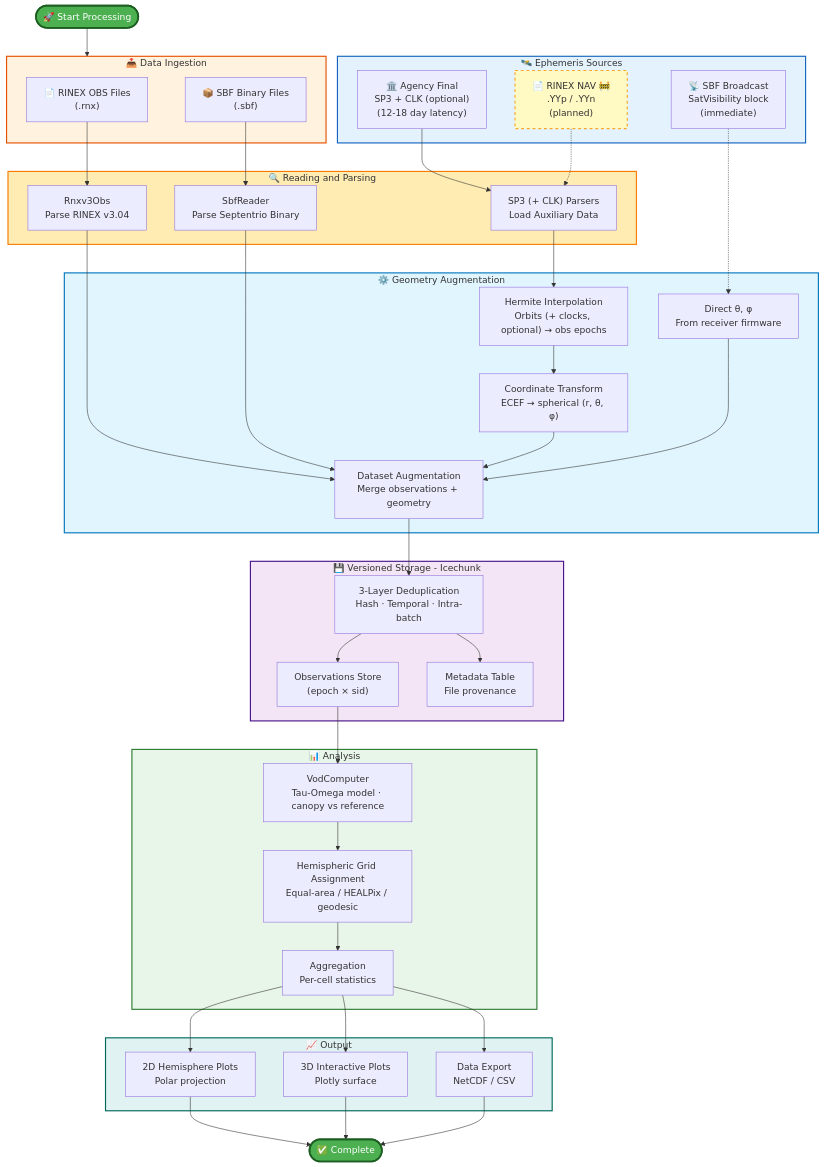
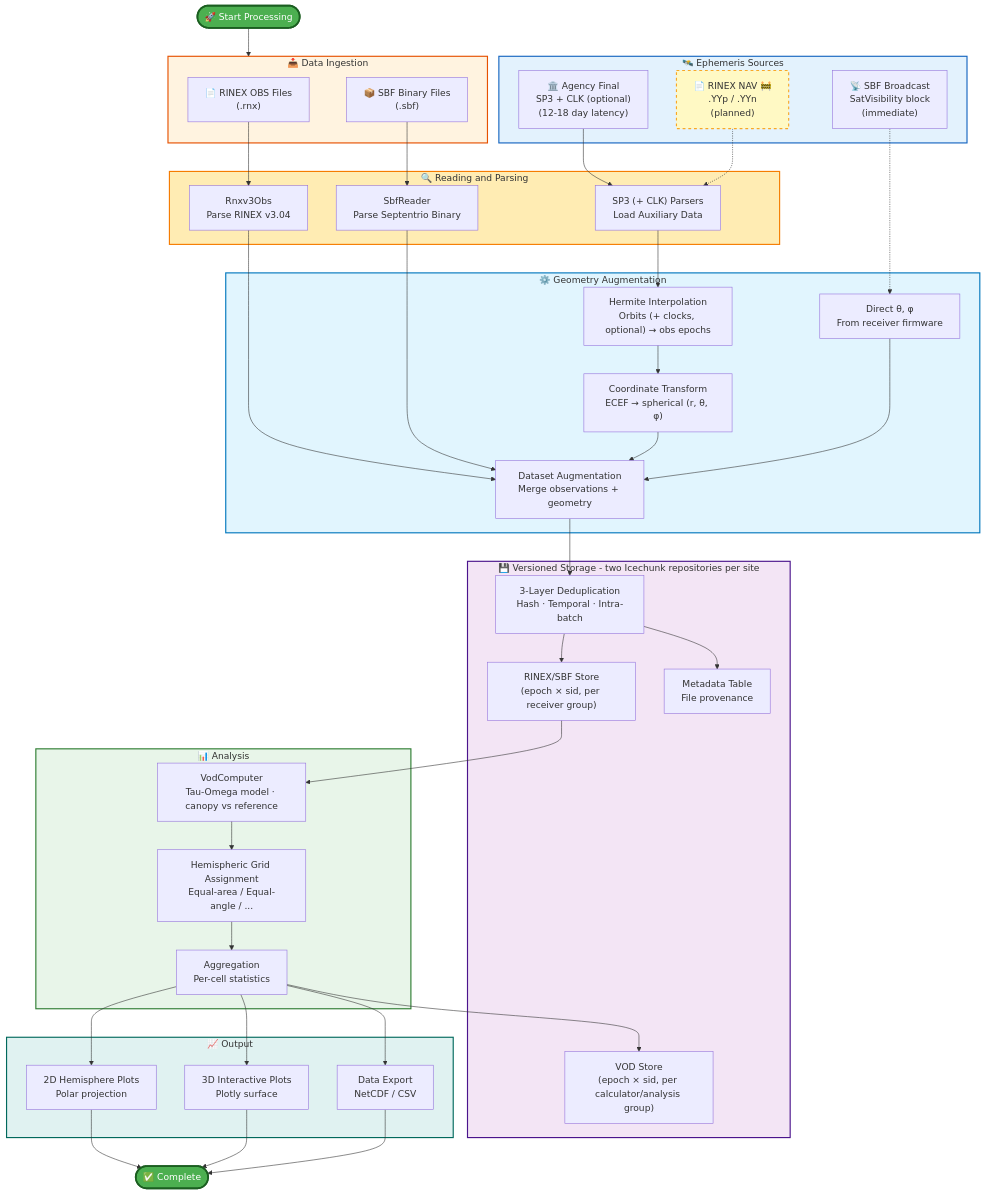
Before and after one commit to nfb2021/canvodpy: the diagram in docs/diagrams/02-processing-pipeline.mmd, drawn with Mermaid. The commit also changed 42 other files, not shown here.

```diff
--- a/docs/diagrams/02-processing-pipeline.mmd
+++ b/docs/diagrams/02-processing-pipeline.mmd
@@ -1,83 +1,85 @@
 flowchart TD
     Start([🚀 Start Processing]) --> Input
 
     subgraph Input[📥 Data Ingestion]
         RINEX["📄 RINEX OBS Files<br/>(.rnx)"]
         SBF["📦 SBF Binary Files<br/>(.sbf)"]
     end
 
     subgraph Ephemeris[🛰️ Ephemeris Sources]
         SP3["🏛️ Agency Final<br/>SP3 + CLK (optional)<br/>(12-18 day latency)"]
         SBFVIS["📡 SBF Broadcast<br/>SatVisibility block<br/>(immediate)"]
         NAV["📄 RINEX NAV 🚧<br/>.YYp / .YYn<br/>(planned)"]
     end
 
     subgraph Reading[🔍 Reading and Parsing]
         RinexReader["Rnxv3Obs<br/>Parse RINEX v3.04"]
         SbfReader["SbfReader<br/>Parse Septentrio Binary"]
         AuxReader["SP3 (+ CLK) Parsers<br/>Load Auxiliary Data"]
     end
 
     subgraph Processing[⚙️ Geometry Augmentation]
         Interp["Hermite Interpolation<br/>Orbits (+ clocks, optional) → obs epochs"]
         Position["Coordinate Transform<br/>ECEF → spherical (r, θ, φ)"]
         DirectGeom["Direct θ, φ<br/>From receiver firmware"]
         Augment["Dataset Augmentation<br/>Merge observations + geometry"]
     end
 
-    subgraph Storage[💾 Versioned Storage - Icechunk]
+    subgraph Storage[💾 Versioned Storage - two Icechunk repositories per site]
         Dedup["3-Layer Deduplication<br/>Hash · Temporal · Intra-batch"]
-        Icechunk["Observations Store<br/>(epoch × sid)"]
+        Icechunk["RINEX/SBF Store<br/>(epoch × sid, per receiver group)"]
         Meta["Metadata Table<br/>File provenance"]
+        VodStore["VOD Store<br/>(epoch × sid, per calculator/analysis group)"]
     end
 
     subgraph Analysis[📊 Analysis]
         VODCalc["VodComputer<br/>Tau-Omega model · canopy vs reference"]
-        GridAssign["Hemispheric Grid Assignment<br/>Equal-area / HEALPix / geodesic"]
+        GridAssign["Hemispheric Grid Assignment<br/>Equal-area / Equal-angle / ..."]
         Aggregate["Aggregation<br/>Per-cell statistics"]
     end
 
     subgraph Output[📈 Output]
         Viz2D["2D Hemisphere Plots<br/>Polar projection"]
         Viz3D["3D Interactive Plots<br/>Plotly surface"]
         Export["Data Export<br/>NetCDF / CSV"]
     end
 
     RINEX --> RinexReader
     SBF --> SbfReader
     SP3 --> AuxReader
     SBFVIS -.-> DirectGeom
     NAV -.-> AuxReader
 
     RinexReader --> Augment
     SbfReader --> Augment
     AuxReader --> Interp
     Interp --> Position
     Position --> Augment
     DirectGeom --> Augment
     Augment --> Dedup
     Dedup --> Icechunk
     Dedup --> Meta
 
     Icechunk --> VODCalc
     VODCalc --> GridAssign
     GridAssign --> Aggregate
+    Aggregate --> VodStore
 
     Aggregate --> Viz2D
     Aggregate --> Viz3D
     Aggregate --> Export
 
     Viz2D --> End([✅ Complete])
     Viz3D --> End
     Export --> End
 
     style Start fill:#4caf50,stroke:#1b5e20,stroke-width:3px,color:#fff
     style End fill:#4caf50,stroke:#1b5e20,stroke-width:3px,color:#fff
     style Input fill:#fff3e0,stroke:#e65100,stroke-width:2px
     style Ephemeris fill:#e3f2fd,stroke:#1565c0,stroke-width:2px
     style Reading fill:#ffecb3,stroke:#f57c00,stroke-width:2px
     style Processing fill:#e1f5fe,stroke:#0277bd,stroke-width:2px
     style Storage fill:#f3e5f5,stroke:#4a148c,stroke-width:2px
     style Analysis fill:#e8f5e9,stroke:#2e7d32,stroke-width:2px
     style Output fill:#e0f2f1,stroke:#00695c,stroke-width:2px
     style NAV fill:#fff9c4,stroke:#f9a825,stroke-width:2px,stroke-dasharray: 5 5
```
